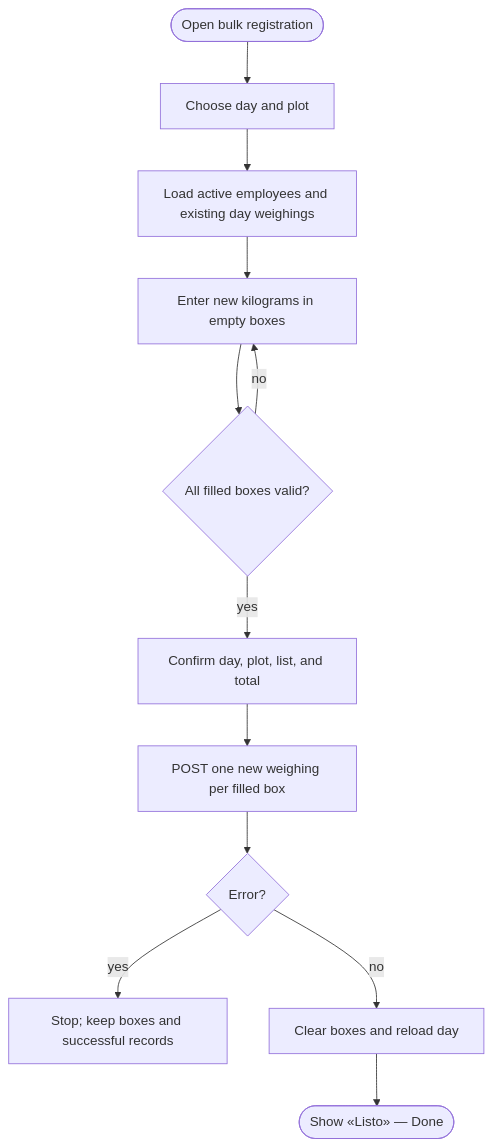
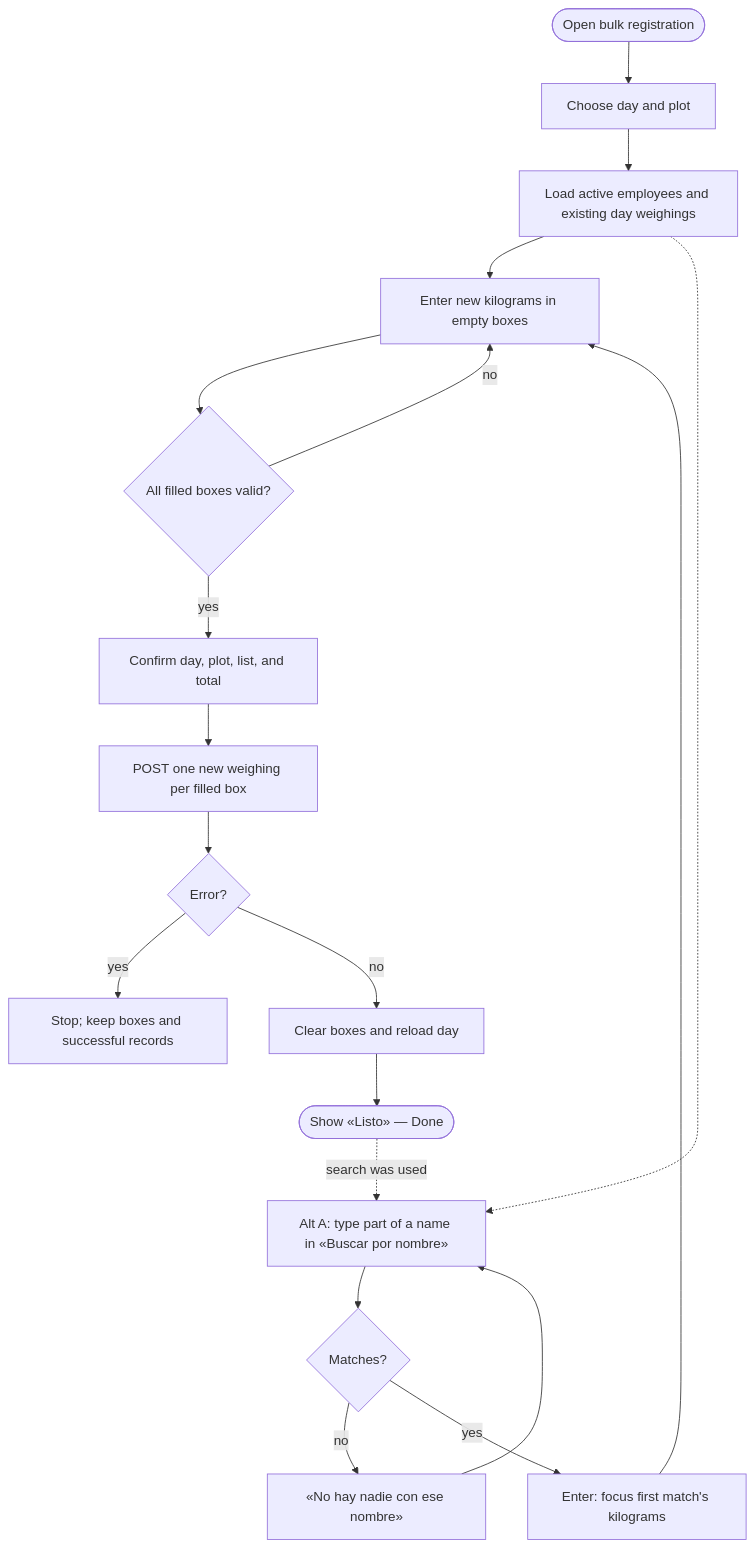
The second of 3 diagrams in docs/use-cases/harvest-registration.md (ojardila/bascula), drawn with Mermaid before and after one commit. The commit also changed other lines of this file and 3 other files, not shown here.

First line of the commit message:
feat(web): search by name next to the lote in bulk harvest registration

````diff
--- a/docs/use-cases/harvest-registration.md
+++ b/docs/use-cases/harvest-registration.md
@@ -228,14 +256,19 @@
 ```mermaid
 flowchart TD
   A([Open bulk registration]) --> B[Choose day and plot]
   B --> C[Load active employees and existing day weighings]
   C --> D[Enter new kilograms in empty boxes]
+  C -.-> S[Alt A: type part of a name in «Buscar por nombre»]
+  S --> T{Matches?}
+  T -->|no| U[«No hay nadie con ese nombre»] --> S
+  T -->|yes| V[Enter: focus first match's kilograms] --> D
   D --> E{All filled boxes valid?}
   E -->|no| D
   E -->|yes| F[Confirm day, plot, list, and total]
   F --> G[POST one new weighing per filled box]
   G --> H{Error?}
   H -->|yes| I[Stop; keep boxes and successful records]
   H -->|no| J[Clear boxes and reload day]
   J --> K([Show «Listo» — Done])
+  K -.->|search was used| S
 ```
````
